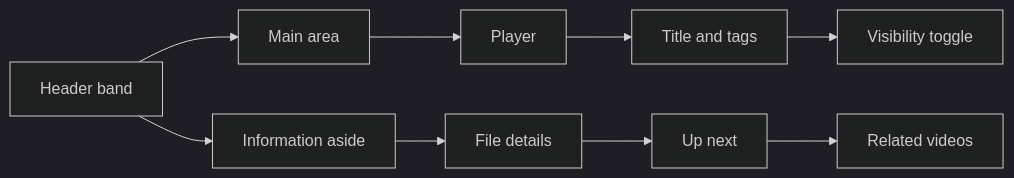
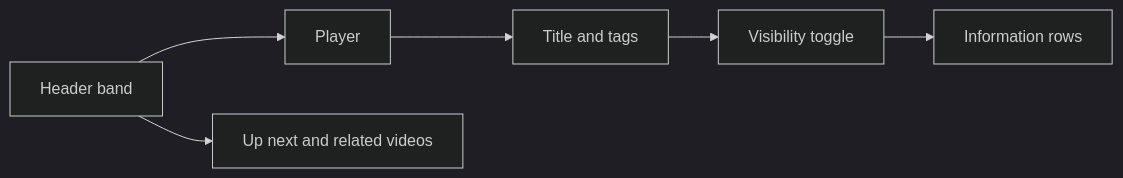
The ninth of 13 diagrams in docs/design-docs/library-ui.md (syudead/vv), drawn with Mermaid (dark theme) before and after one commit. The commit also changed other lines of this file and 30 other files, not shown here.

````diff
--- a/docs/design-docs/library-ui.md
+++ b/docs/design-docs/library-ui.md
@@ -376,11 +378,8 @@
 ```mermaid
 flowchart LR
-  band[Header band] --> main[Main area]
-  band --> aside[Information aside]
-  main --> player[Player]
+  band[Header band] --> player[Player]
   player --> title[Title and tags]
   title --> vis[Visibility toggle]
-  aside --> info[File details]
-  info --> next[Up next]
-  next --> related[Related videos]
+  vis --> info[Information rows]
+  band --> related[Up next and related videos]
 ```
````
